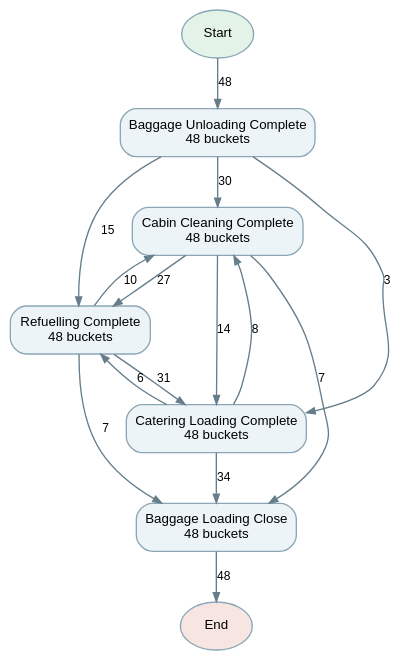
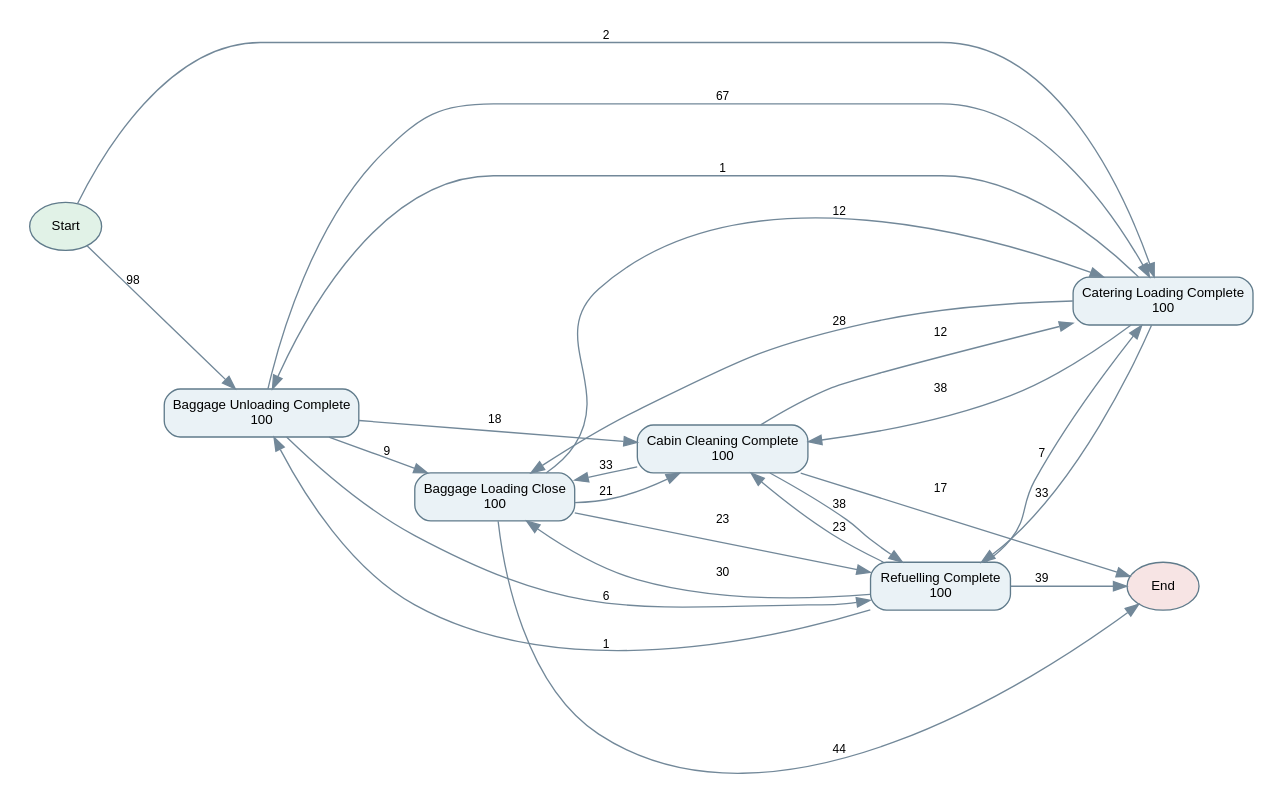
Before and after one commit to jiwonpark7913/NL2EVENTLOG: the diagram in datasets/synthetic/airlineflow/gold/Q07/dfg.dot, drawn with Graphviz. The commit also changed 401 other files, not shown here.

```diff
--- a/datasets/synthetic/airlineflow/gold/Q07/dfg.dot
+++ b/datasets/synthetic/airlineflow/gold/Q07/dfg.dot
@@ -1,26 +1,32 @@
-digraph D {
-graph [rankdir=TB, bgcolor="transparent", pad=0.25, nodesep=0.35, ranksep=0.38];
-node [shape=box,style="rounded,filled",color="#8ba6b6",fillcolor="#edf4f7",fontname="Arial",fontsize=10];
-edge [color="#667d8b",fontname="Arial",fontsize=9,arrowsize=.65];
-start [shape=ellipse,label="Start",fillcolor="#e3f3e8"];
-end [shape=ellipse,label="End",fillcolor="#f7e5e1"];
-n0 [label="Baggage Unloading Complete\n48 buckets"];
-n1 [label="Cabin Cleaning Complete\n48 buckets"];
-n2 [label="Refuelling Complete\n48 buckets"];
-n3 [label="Catering Loading Complete\n48 buckets"];
-n4 [label="Baggage Loading Close\n48 buckets"];
-start -> n0 [label="48"];
-n0 -> n1 [label="30"];
-n0 -> n3 [label="3"];
-n0 -> n2 [label="15"];
-n1 -> n4 [label="7"];
-n1 -> n3 [label="14"];
-n1 -> n2 [label="27"];
-n3 -> n4 [label="34"];
-n3 -> n1 [label="8"];
-n3 -> n2 [label="6"];
-n2 -> n4 [label="7"];
-n2 -> n1 [label="10"];
-n2 -> n3 [label="31"];
-n4 -> end [label="48"];
+digraph G {
+rankdir=LR; graph [bgcolor="white",pad=0.2,nodesep=0.3,ranksep=0.5]; node [shape=box,style="rounded,filled",fillcolor="#eaf2f6",color="#607b8b",fontname="Arial",fontsize=10]; edge [color="#728899",fontname="Arial",fontsize=9];
+start [label="Start",shape=oval,fillcolor="#e1f2e7"]; end [label="End",shape=oval,fillcolor="#f7e4e4"];
+n0 [label="Baggage Loading Close\n100"];
+n1 [label="Baggage Unloading Complete\n100"];
+n2 [label="Cabin Cleaning Complete\n100"];
+n3 [label="Catering Loading Complete\n100"];
+n4 [label="Refuelling Complete\n100"];
+n0 -> n2 [label="21"];
+n0 -> n3 [label="12"];
+n0 -> end [label="44"];
+n0 -> n4 [label="23"];
+n1 -> n0 [label="9"];
+n1 -> n2 [label="18"];
+n1 -> n3 [label="67"];
+n1 -> n4 [label="6"];
+n2 -> n0 [label="33"];
+n2 -> n3 [label="12"];
+n2 -> end [label="17"];
+n2 -> n4 [label="38"];
+n3 -> n0 [label="28"];
+n3 -> n1 [label="1"];
+n3 -> n2 [label="38"];
+n3 -> n4 [label="33"];
+n4 -> n0 [label="30"];
+n4 -> n1 [label="1"];
+n4 -> n2 [label="23"];
+n4 -> n3 [label="7"];
+n4 -> end [label="39"];
+start -> n1 [label="98"];
+start -> n3 [label="2"];
 }
```
